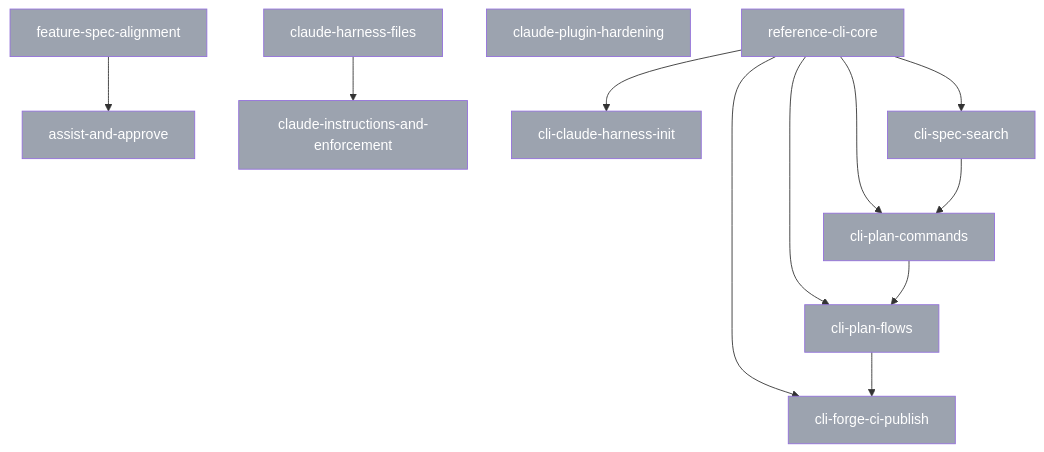
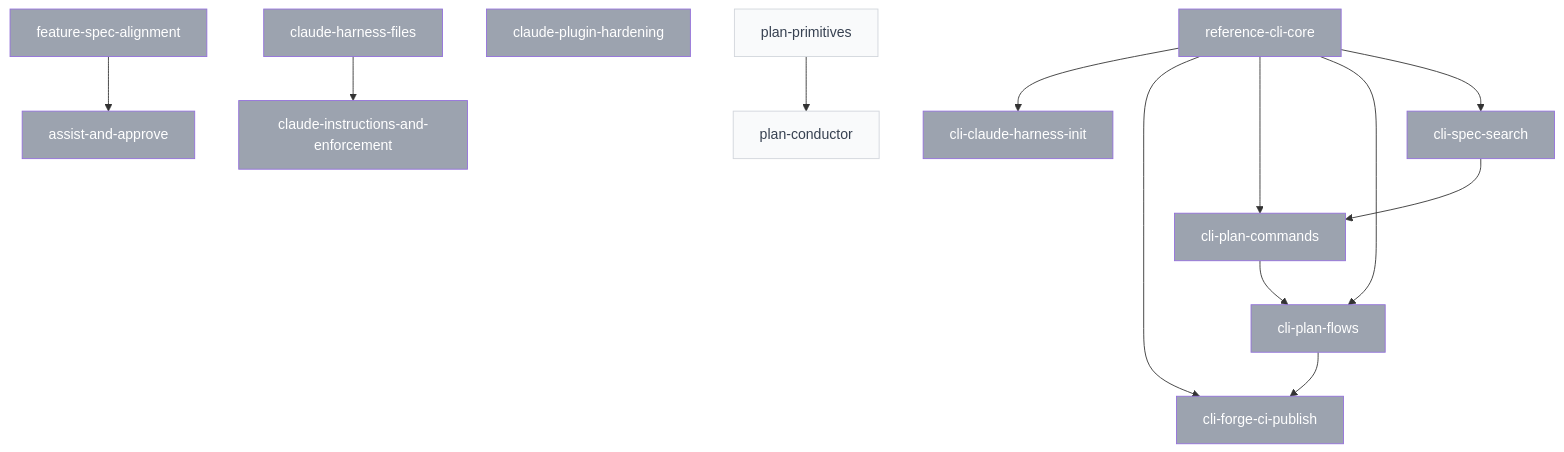
The diagram in plans/PLANS.md (SpiralSky/specplane), drawn with Mermaid before and after one commit. The commit also changed other lines of this file and 17 other files, not shown here.

First line of the commit message:
docs(plans): draft plan primitives and plan conductor plans

````diff
--- a/plans/PLANS.md
+++ b/plans/PLANS.md
@@ -27,31 +30,34 @@
 ```mermaid
 graph TD
     p_2026_10_28_reference_cli_core[reference-cli-core]:::done
     p_2026_10_29_assist_and_approve[assist-and-approve]:::done
     p_2026_10_29_claude_harness_files[claude-harness-files]:::done
     p_2026_10_29_claude_instructions_and_enforcement[claude-instructions-and-enforcement]:::done
     p_2026_10_29_claude_plugin_hardening[claude-plugin-hardening]:::done
     p_2026_10_29_cli_claude_harness_init[cli-claude-harness-init]:::done
     p_2026_10_29_cli_forge_ci_publish[cli-forge-ci-publish]:::done
     p_2026_10_29_cli_plan_commands[cli-plan-commands]:::done
     p_2026_10_29_cli_plan_flows[cli-plan-flows]:::done
     p_2026_10_29_cli_spec_search[cli-spec-search]:::done
     p_2026_10_29_feature_spec_alignment[feature-spec-alignment]:::done
+    p_2026_10_30_plan_conductor[plan-conductor]:::draft
+    p_2026_10_30_plan_primitives[plan-primitives]:::draft
     p_2026_10_29_feature_spec_alignment --> p_2026_10_29_assist_and_approve
     p_2026_10_29_claude_harness_files --> p_2026_10_29_claude_instructions_and_enforcement
     p_2026_10_28_reference_cli_core --> p_2026_10_29_cli_claude_harness_init
     p_2026_10_28_reference_cli_core --> p_2026_10_29_cli_forge_ci_publish
     p_2026_10_29_cli_plan_flows --> p_2026_10_29_cli_forge_ci_publish
     p_2026_10_28_reference_cli_core --> p_2026_10_29_cli_plan_commands
     p_2026_10_29_cli_spec_search --> p_2026_10_29_cli_plan_commands
     p_2026_10_28_reference_cli_core --> p_2026_10_29_cli_plan_flows
     p_2026_10_29_cli_plan_commands --> p_2026_10_29_cli_plan_flows
     p_2026_10_28_reference_cli_core --> p_2026_10_29_cli_spec_search
+    p_2026_10_30_plan_primitives --> p_2026_10_30_plan_conductor
     classDef draft fill:#f9fafb,color:#374151,stroke:#d1d5db
     classDef ready fill:#22c55e,color:#fff
     classDef blocked fill:#ef4444,color:#fff
     classDef in_progress fill:#3b82f6,color:#fff
     classDef review fill:#60a5fa,color:#fff
     classDef done fill:#9ca3af,color:#fff
     classDef abandoned fill:#9ca3af,color:#fff,text-decoration:line-through
 ```
````
